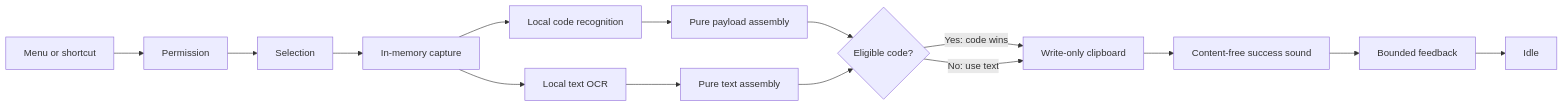
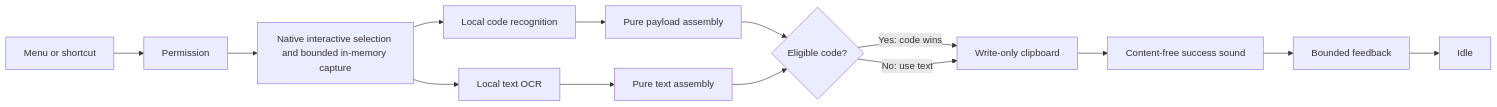
Before and after one commit to bennetthilberg/copylasso: the diagram in docs/architecture/capture-workflow.md, drawn with Mermaid. The commit also changed other lines of this file and 22 other files, not shown here.

Commit message:
use native interactive capture

````diff
--- a/docs/architecture/capture-workflow.md
+++ b/docs/architecture/capture-workflow.md
@@ -7,17 +7,16 @@
 ```mermaid
 flowchart LR
   Request["Menu or shortcut"] --> Permission["Permission"]
-  Permission --> Selection["Selection"]
-  Selection --> Capture["In-memory capture"]
+  Permission --> Capture["Native interactive selection and bounded in-memory capture"]
   Capture --> OCR["Local text OCR"]
   Capture --> Barcode["Local code recognition"]
   OCR --> Assembly["Pure text assembly"]
   Barcode --> CodeAssembly["Pure payload assembly"]
   CodeAssembly --> Precedence{"Eligible code?"}
   Assembly --> Precedence
   Precedence -->|"Yes: code wins"| Clipboard["Write-only clipboard"]
   Precedence -->|"No: use text"| Clipboard
   Clipboard --> Sound["Content-free success sound"]
   Sound --> Feedback["Bounded feedback"]
   Feedback --> Idle["Idle"]
 ```
````
